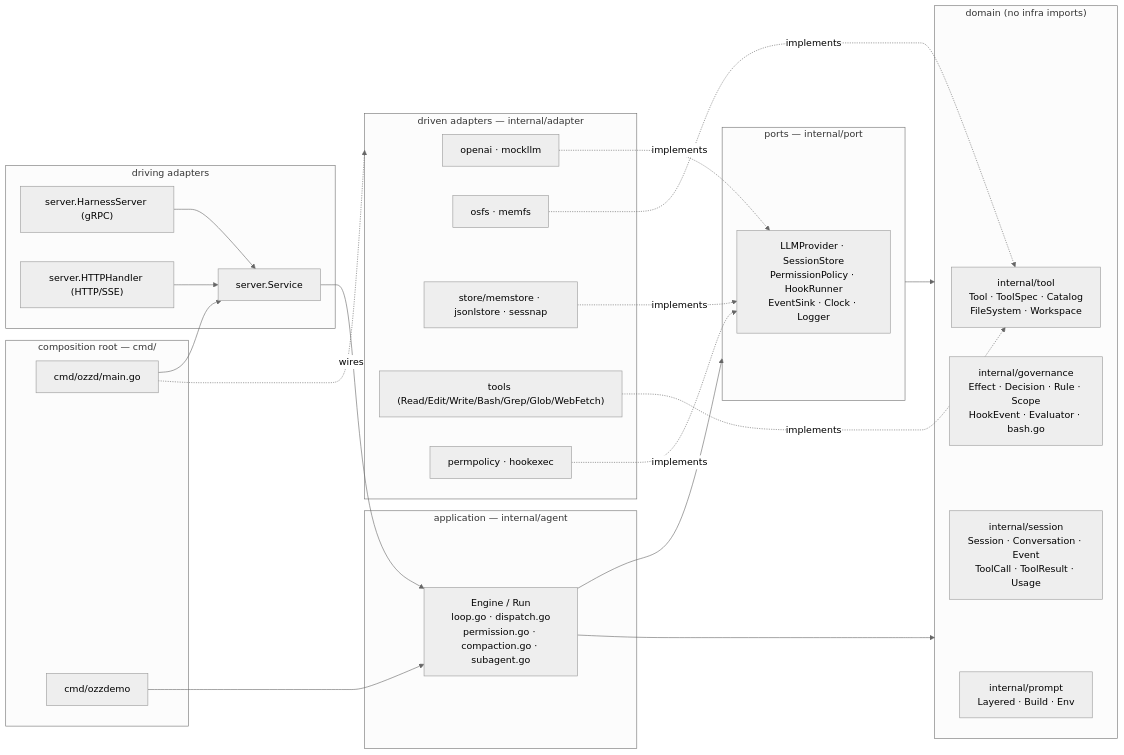
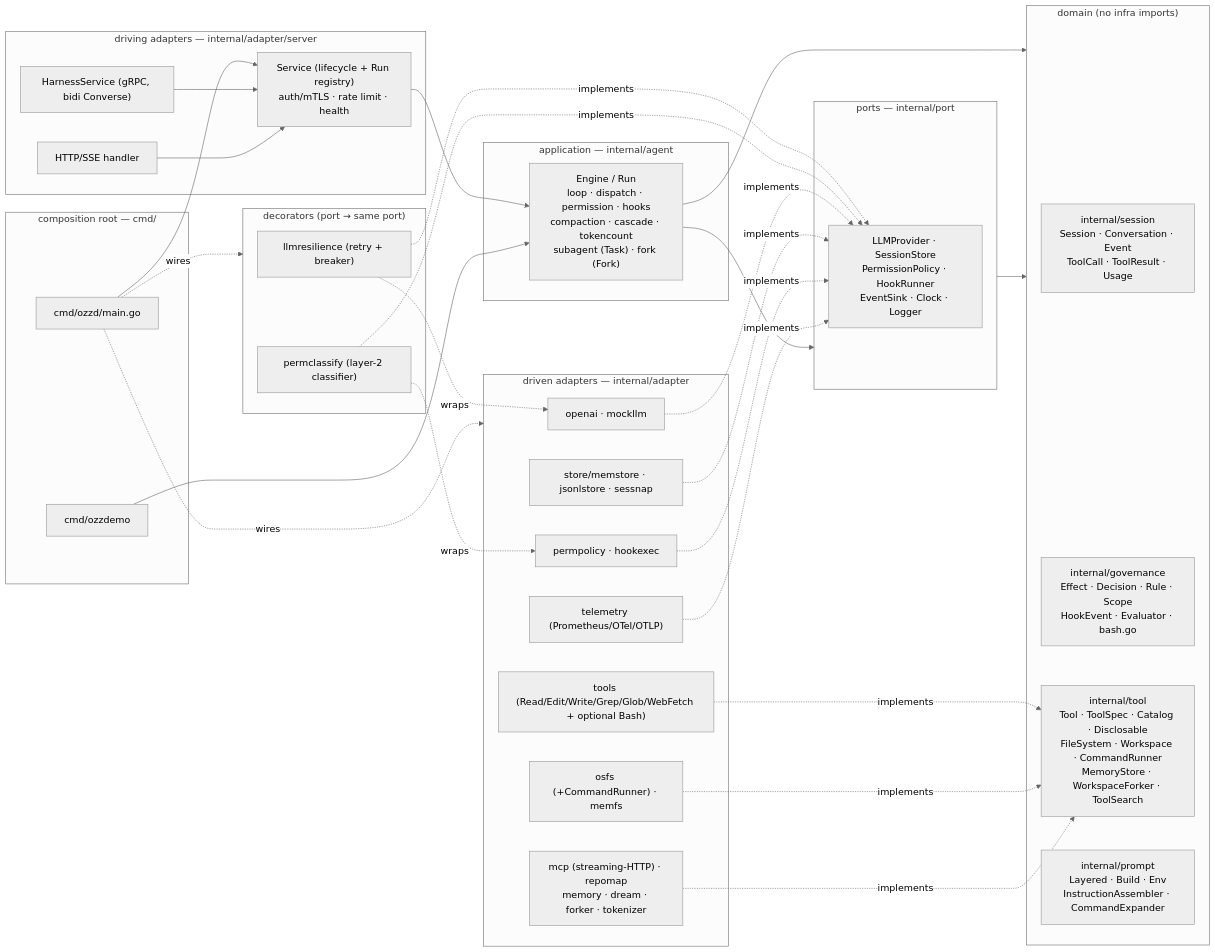
Before and after one commit to sabbanis/mecatl: the first of 4 diagrams in docs/architecture.md, drawn with Mermaid (neutral theme). The commit also changed other lines of this file and 1 other file, not shown here.

First line of the commit message:
docs: refresh architecture docs to current state

````diff
--- a/docs/architecture.md
+++ b/docs/architecture.md
@@ -30,50 +40,64 @@
 ```mermaid
 flowchart LR
   subgraph CMD["composition root — cmd/"]
     ozzd["cmd/ozzd/main.go"]
     demo["cmd/ozzdemo"]
   end
 
-  subgraph DRIVING["driving adapters"]
-    grpc["server.HarnessServer (gRPC)"]
-    http["server.HTTPHandler (HTTP/SSE)"]
-    svc["server.Service"]
+  subgraph DRIVING["driving adapters — internal/adapter/server"]
+    grpc["HarnessService (gRPC, bidi Converse)"]
+    http["HTTP/SSE handler"]
+    svc["Service (lifecycle + Run registry)\nauth/mTLS · rate limit · health"]
   end
 
   subgraph APP["application — internal/agent"]
-    engine["Engine / Run\nloop.go · dispatch.go\npermission.go · compaction.go · subagent.go"]
+    engine["Engine / Run\nloop · dispatch · permission · hooks\ncompaction · cascade · tokencount\nsubagent (Task) · fork (Fork)"]
   end
 
   subgraph PORTS["ports — internal/port"]
     p["LLMProvider · SessionStore\nPermissionPolicy · HookRunner\nEventSink · Clock · Logger"]
   end
 
   subgraph DOMAIN["domain (no infra imports)"]
     sess["internal/session\nSession · Conversation · Event\nToolCall · ToolResult · Usage"]
     gov["internal/governance\nEffect · Decision · Rule · Scope\nHookEvent · Evaluator · bash.go"]
-    tl["internal/tool\nTool · ToolSpec · Catalog\nFileSystem · Workspace"]
-    pr["internal/prompt\nLayered · Build · Env"]
+    tl["internal/tool\nTool · ToolSpec · Catalog · Disclosable\nFileSystem · Workspace · CommandRunner\nMemoryStore · WorkspaceForker · ToolSearch"]
+    pr["internal/prompt\nLayered · Build · Env\nInstructionAssembler · CommandExpander"]
+  end
+
+  subgraph DECOR["decorators (port → same port)"]
+    res["llmresilience (retry + breaker)"]
+    pc["permclassify (layer-2 classifier)"]
   end
 
   subgraph DRIVEN["driven adapters — internal/adapter"]
     oai["openai · mockllm"]
-    fs["osfs · memfs"]
+    fs["osfs (+CommandRunner) · memfs"]
     st["store/memstore · jsonlstore · sessnap"]
-    tools["tools (Read/Edit/Write/Bash/Grep/Glob/WebFetch)"]
+    tools["tools (Read/Edit/Write/Grep/Glob/WebFetch + optional Bash)"]
     pp["permpolicy · hookexec"]
+    tel["telemetry (Prometheus/OTel/OTLP)"]
+    ext["mcp (streaming-HTTP) · repomap\nmemory · dream · forker · tokenizer"]
   end
 
   ozzd --> svc --> engine
   demo --> engine
   grpc --> svc
   http --> svc
   engine --> PORTS
   engine --> DOMAIN
   PORTS --> DOMAIN
+  res -.wraps.-> oai
+  res -.implements.-> p
+  pc -.wraps.-> pp
+  pc -.implements.-> p
   oai -.implements.-> p
   st -.implements.-> p
   pp -.implements.-> p
+  tel -.implements.-> p
   tools -.implements.-> tl
   fs -.implements.-> tl
+  ext -.implements.-> tl
   ozzd -. wires .-> DRIVEN
+  ozzd -. wires .-> DECOR
 ```
````
